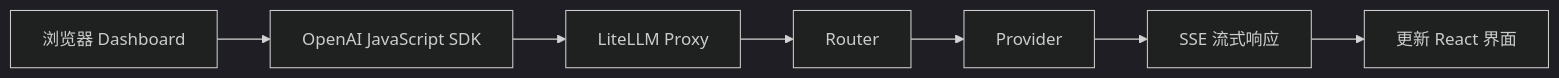
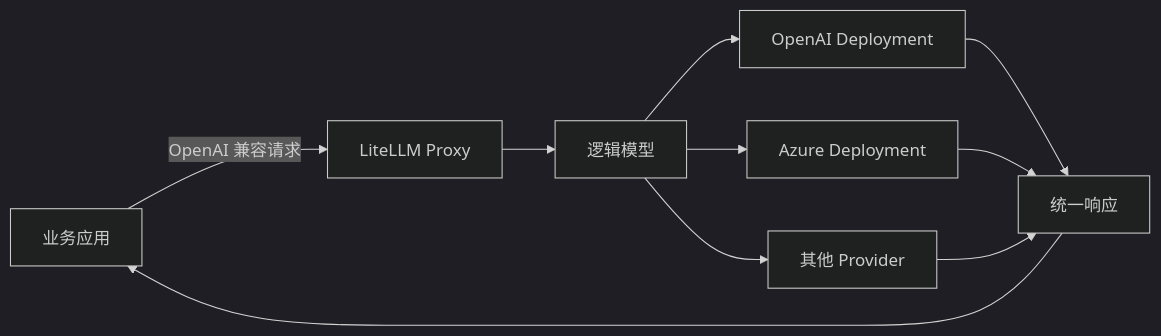
The diagram in website/docs/knowledge-base/guides/litellm-project-guide.md (zj75968-cpu/docusaurus), drawn with Mermaid (dark theme) before and after one commit. The commit also changed other lines of this file and 7 other files, not shown here.

Commit message:
docs(knowledge-base): add LiteLLM learning path and featured homepage content (AI-assisted)

````diff
--- a/website/docs/knowledge-base/guides/litellm-project-guide.md
+++ b/website/docs/knowledge-base/guides/litellm-project-guide.md
@@ -424,9 +57,12 @@
 ```mermaid
 flowchart LR
-    A["浏览器 Dashboard"] --> B["OpenAI JavaScript SDK"]
-    B --> C["LiteLLM Proxy"]
-    C --> D["Router"]
-    D --> E["Provider"]
-    E --> F["SSE 流式响应"]
-    F --> G["更新 React 界面"]
+    A["业务应用"] -->|OpenAI 兼容请求| B["LiteLLM Proxy"]
+    B --> C["逻辑模型"]
+    C --> D["OpenAI Deployment"]
+    C --> E["Azure Deployment"]
+    C --> F["其他 Provider"]
+    D --> G["统一响应"]
+    E --> G
+    F --> G
+    G --> A
 ```
````
